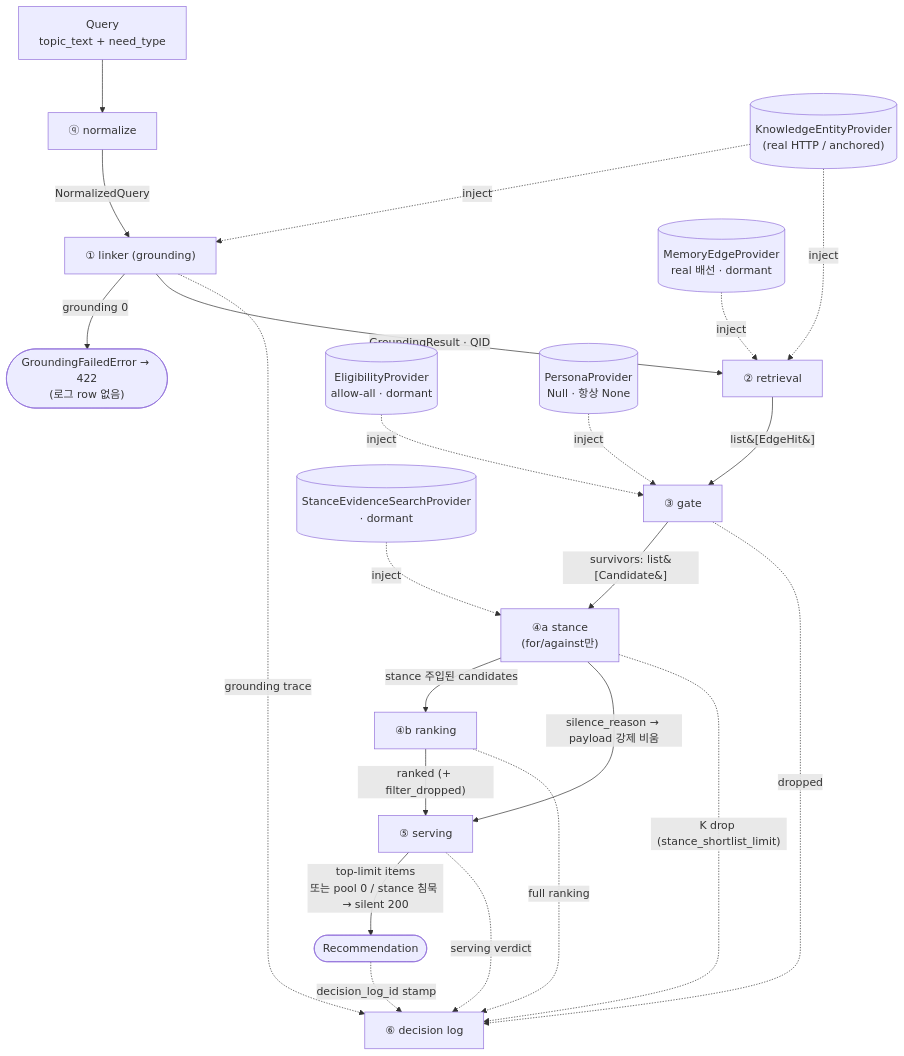
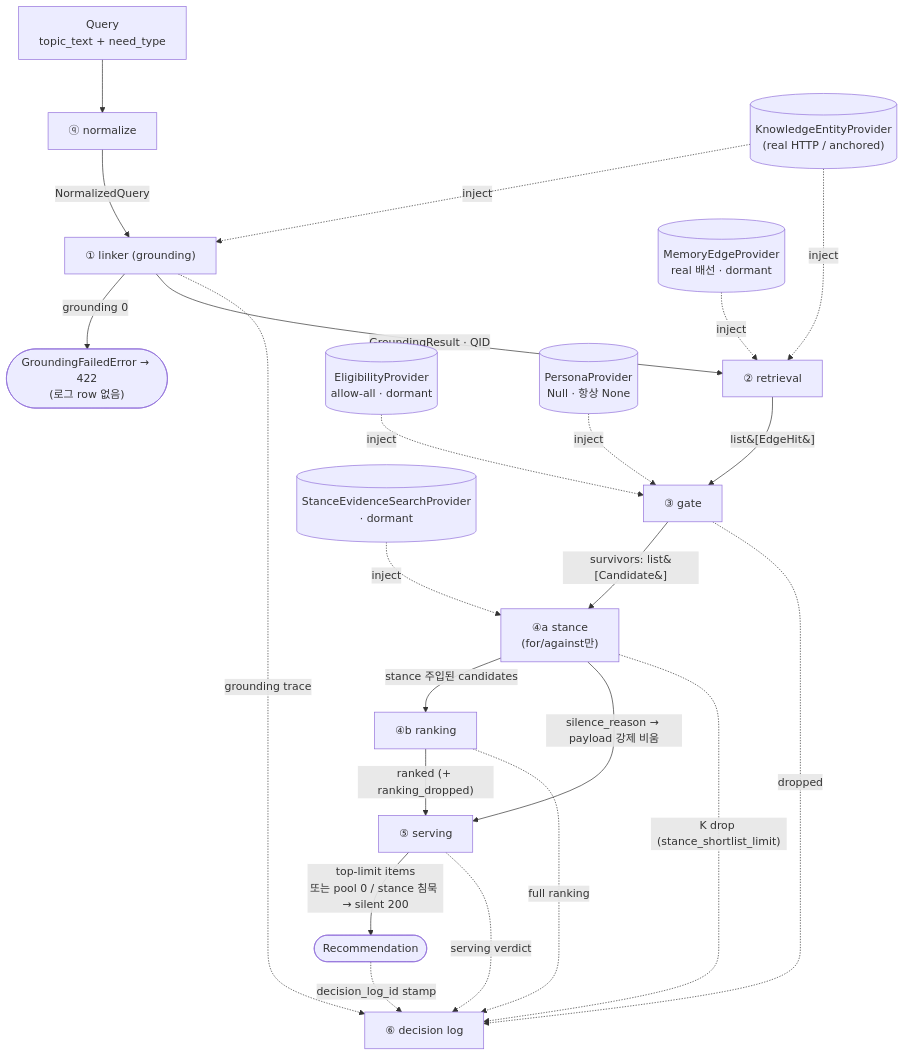
One commit to Henry-XinobiAI/Agent-Discovery-Planning changed the diagram in impl/README.md. Above: the diagram before and after it, drawn with Mermaid. The commit also changed 2 other files, not shown here.

Commit message:
docs: sweep the remaining stale drop-merge and dedupe references
The summary table, decision-log input line, README flow diagram, and the Phase 10
self-exclusion evidence still named filter_dropped and _dedupe_direct_wins.
Renames only — no claim changes; self-exclusion is still absent either way.

````diff
--- a/impl/README.md
+++ b/impl/README.md
@@ -63,27 +63,27 @@
 ```mermaid
 flowchart TD
     Q["Query<br/>topic_text + need_type"] --> N["ⓠ normalize"]
     N -->|NormalizedQuery| L["① linker (grounding)"]
     L -->|"grounding 0"| E422(["GroundingFailedError → 422<br/>(로그 row 없음)"])
     L -->|"GroundingResult · QID"| R["② retrieval"]
     R -->|"list&#91;EdgeHit&#93;"| G["③ gate"]
     G -->|"survivors: list&#91;Candidate&#93;"| ST["④a stance<br/>(for/against만)"]
     ST -->|"stance 주입된 candidates"| RK["④b ranking"]
     ST -->|"silence_reason → payload 강제 비움"| SV
-    RK -->|"ranked (+ filter_dropped)"| SV["⑤ serving"]
+    RK -->|"ranked (+ ranking_dropped)"| SV["⑤ serving"]
     SV -->|"top-limit items<br/>또는 pool 0 / stance 침묵 → silent 200"| REC(["Recommendation"])
 
     G -. dropped .-> DL["⑥ decision log"]
     L -. grounding trace .-> DL
     ST -. "K drop (stance_shortlist_limit)" .-> DL
     RK -. full ranking .-> DL
     SV -. serving verdict .-> DL
     REC -. decision_log_id stamp .-> DL
 
     KP[("KnowledgeEntityProvider<br/>(real HTTP / anchored)")] -. inject .-> L
     KP -. inject .-> R
     EP[("MemoryEdgeProvider<br/>real 배선 · dormant")] -. inject .-> R
     ELP[("EligibilityProvider<br/>allow-all · dormant")] -. inject .-> G
     PP[("PersonaProvider<br/>Null · 항상 None")] -. inject .-> G
     SP[("StanceEvidenceSearchProvider<br/>· dormant")] -. inject .-> ST
 ```
````
